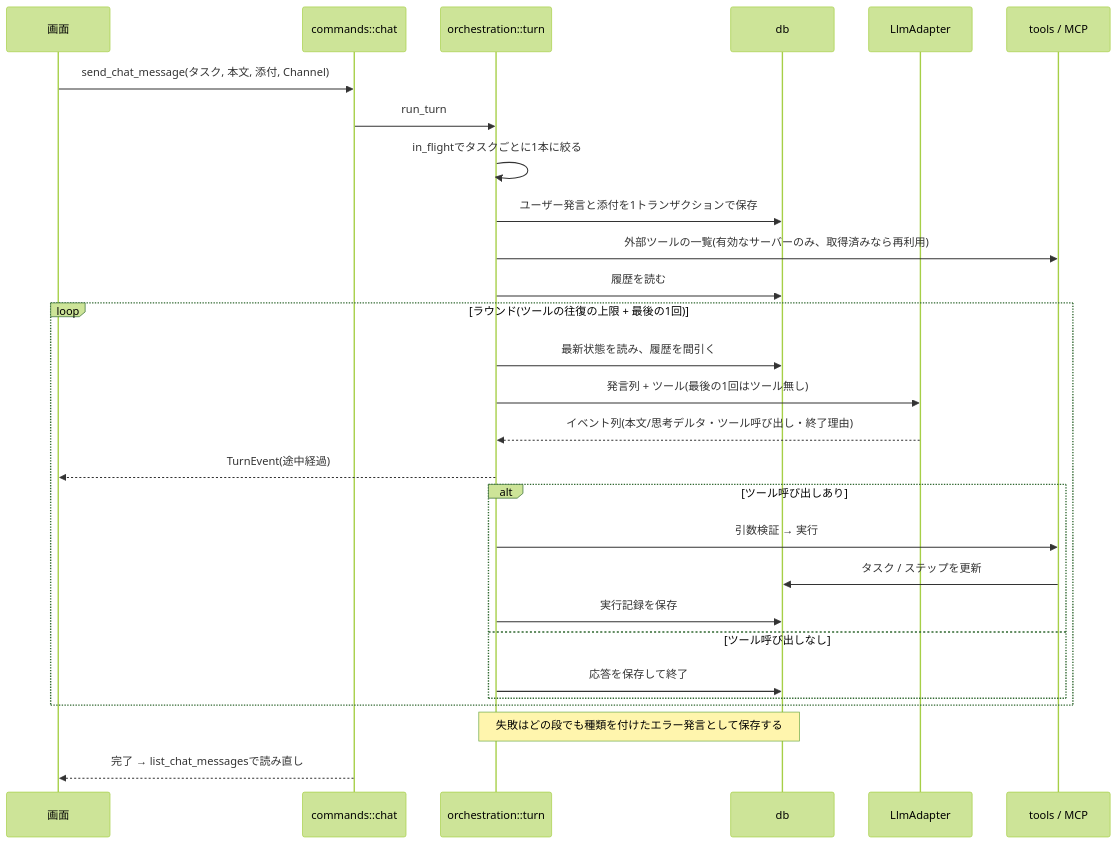
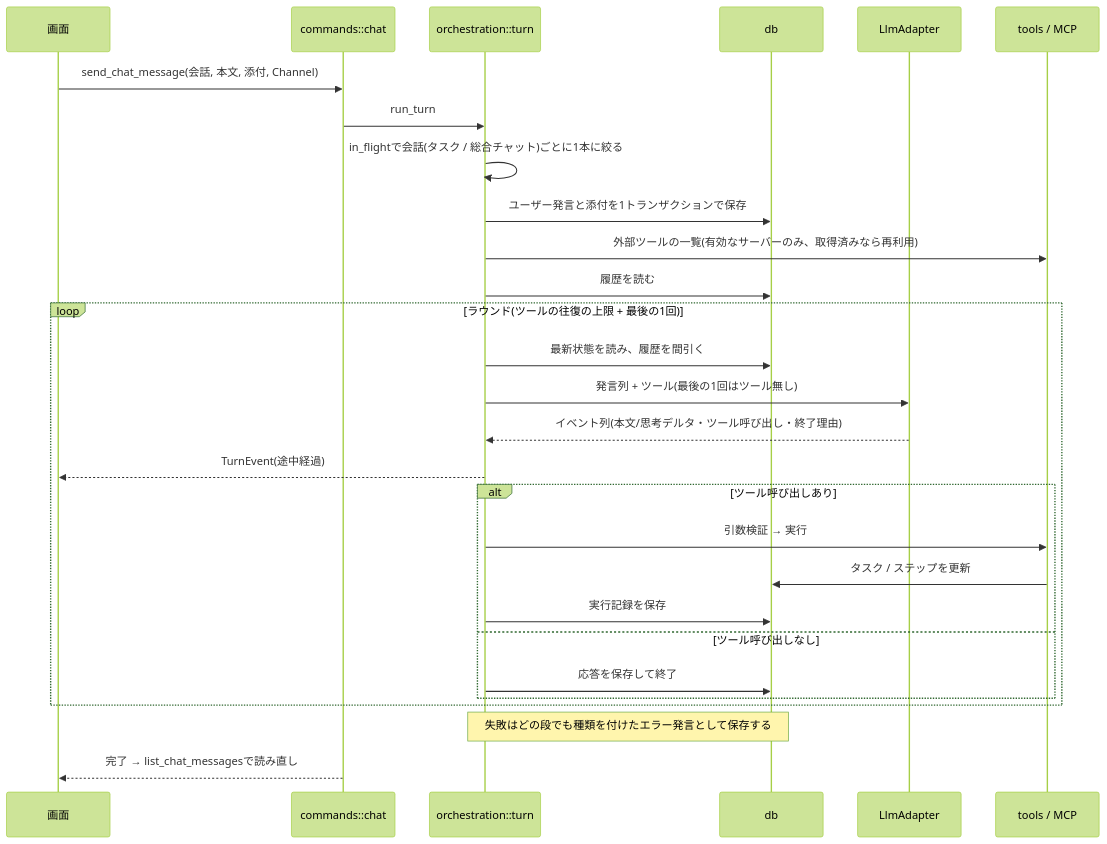
Before and after one commit to Hue-215/SCITL: the second of 3 diagrams in docs/architecture-overview.md, drawn with Mermaid (forest theme). The commit also changed other lines of this file, not shown here.

First line of the commit message:
概観図の呼び出し元を実装に合わせる

````diff
--- a/docs/architecture-overview.md
+++ b/docs/architecture-overview.md
@@ -83,31 +85,31 @@
 ```mermaid
 sequenceDiagram
   participant U as 画面
   participant C as commands::chat
   participant T as orchestration::turn
   participant D as db
   participant A as LlmAdapter
   participant X as tools / MCP
 
-  U->>C: send_chat_message(タスク, 本文, 添付, Channel)
+  U->>C: send_chat_message(会話, 本文, 添付, Channel)
   C->>T: run_turn
-  T->>T: in_flightでタスクごとに1本に絞る
+  T->>T: in_flightで会話(タスク / 総合チャット)ごとに1本に絞る
   T->>D: ユーザー発言と添付を1トランザクションで保存
   T->>X: 外部ツールの一覧(有効なサーバーのみ、取得済みなら再利用)
   T->>D: 履歴を読む
   loop ラウンド(ツールの往復の上限 + 最後の1回)
     T->>D: 最新状態を読み、履歴を間引く
     T->>A: 発言列 + ツール(最後の1回はツール無し)
     A-->>T: イベント列(本文/思考デルタ・ツール呼び出し・終了理由)
     T-->>U: TurnEvent(途中経過)
     alt ツール呼び出しあり
       T->>X: 引数検証 → 実行
       X->>D: タスク / ステップを更新
       T->>D: 実行記録を保存
     else ツール呼び出しなし
       T->>D: 応答を保存して終了
     end
   end
   Note over T,D: 失敗はどの段でも種類を付けたエラー発言として保存する
   C-->>U: 完了 → list_chat_messagesで読み直し
 ```
````
